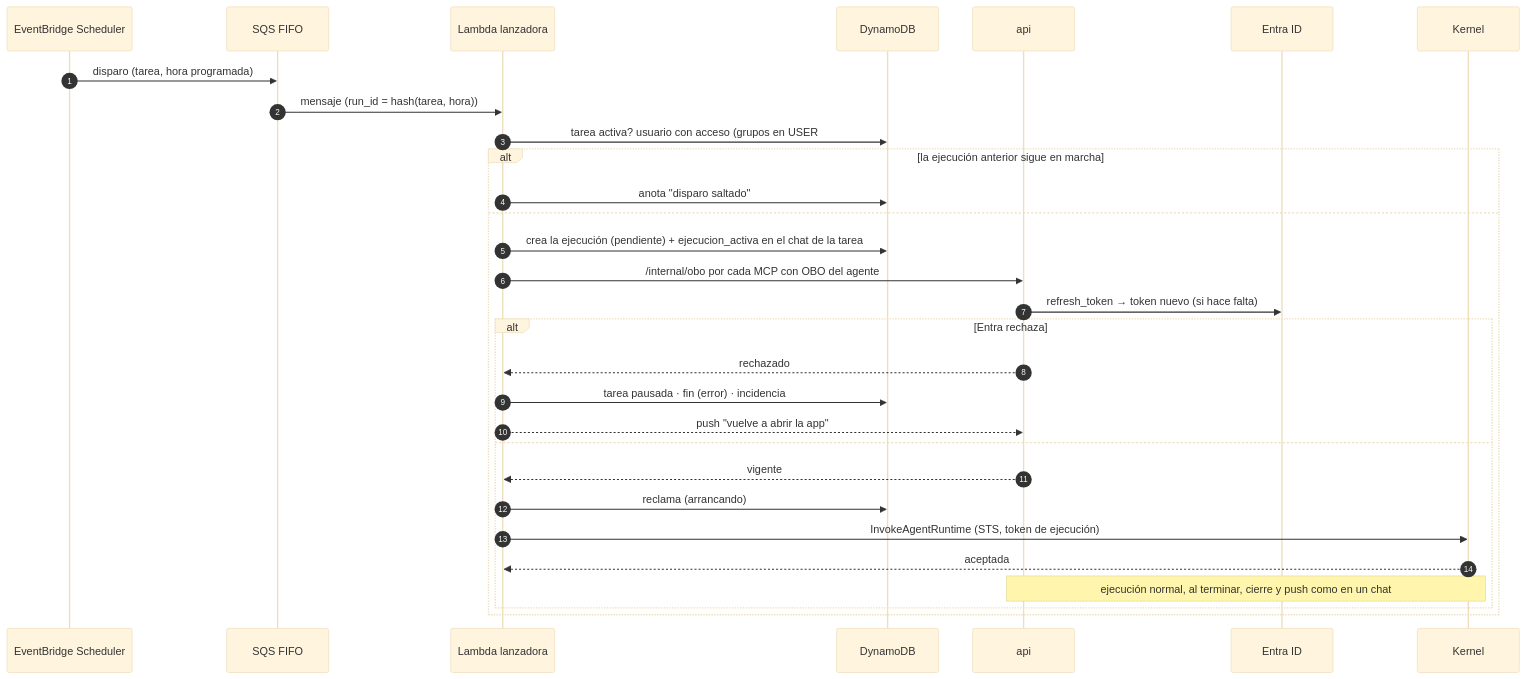
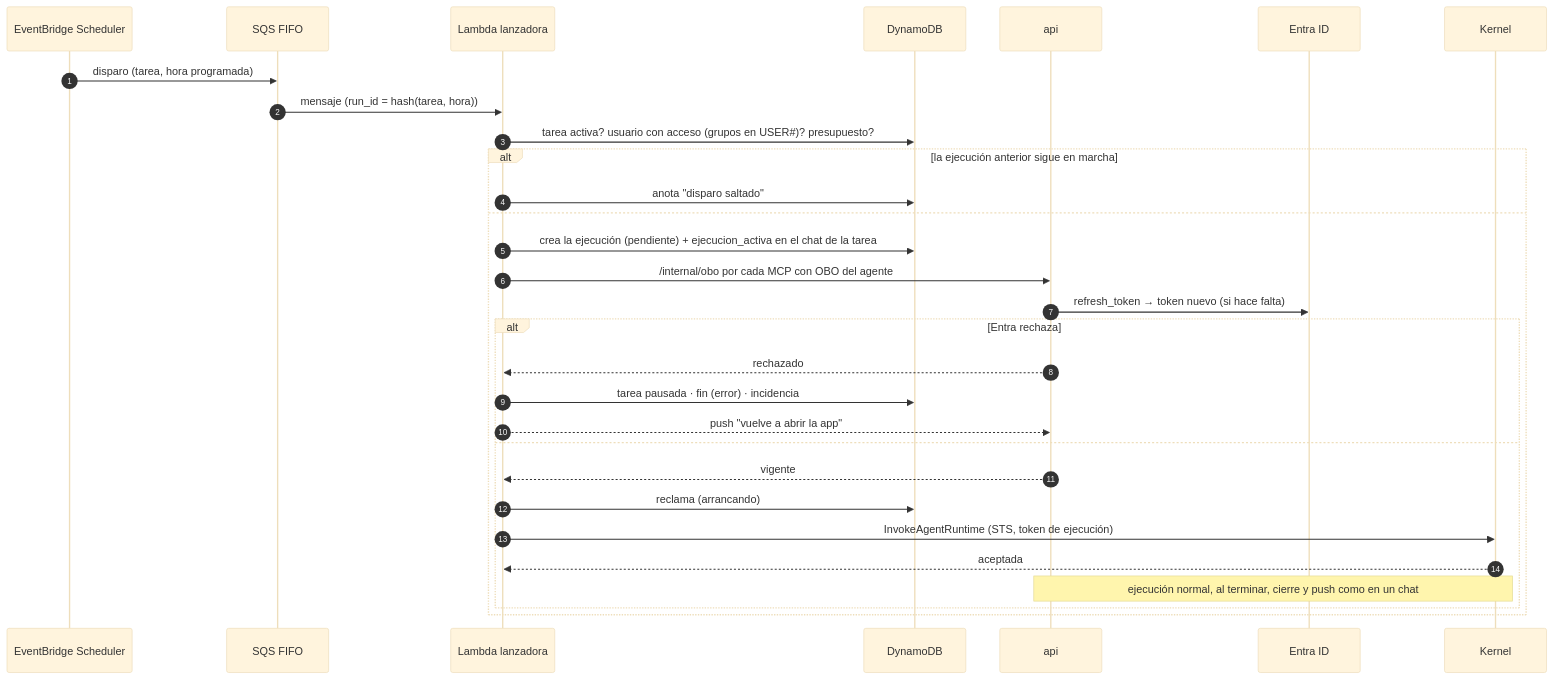
One commit to ikermendi/sample-agent-platform-with-agentcore changed the seventh of 7 diagrams in docs/arquitectura-agentes.md. Above: the diagram before and after it, drawn with Mermaid (base theme). The commit also changed other lines of this file, not shown here.

First line of the commit message:
docs: secuencias del arranque del kernel y de una vuelta del bucle; corrige los # en Mermaid

````diff
--- a/docs/arquitectura-agentes.md
+++ b/docs/arquitectura-agentes.md
@@ -811,33 +889,33 @@
 ```mermaid
 sequenceDiagram
   autonumber
   participant S as EventBridge Scheduler
   participant Q as SQS FIFO
   participant L as Lambda lanzadora
   participant D as DynamoDB
   participant API as api
   participant E as Entra ID
   participant K as Kernel
 
   S->>Q: disparo (tarea, hora programada)
   Q->>L: mensaje (run_id = hash(tarea, hora))
-  L->>D: tarea activa? usuario con acceso (grupos en USER#)? presupuesto?
+  L->>D: tarea activa? usuario con acceso (grupos en USER#35;)? presupuesto?
   alt la ejecución anterior sigue en marcha
     L->>D: anota "disparo saltado"
   else
     L->>D: crea la ejecución (pendiente) + ejecucion_activa en el chat de la tarea
     L->>API: /internal/obo por cada MCP con OBO del agente
     API->>E: refresh_token → token nuevo (si hace falta)
     alt Entra rechaza
       API-->>L: rechazado
       L->>D: tarea pausada · fin (error) · incidencia
       L-->>API: push "vuelve a abrir la app"
     else
       API-->>L: vigente
       L->>D: reclama (arrancando)
       L->>K: InvokeAgentRuntime (STS, token de ejecución)
       K-->>L: aceptada
       Note over API,K: ejecución normal, al terminar, cierre y push como en un chat
     end
   end
 ```
````
